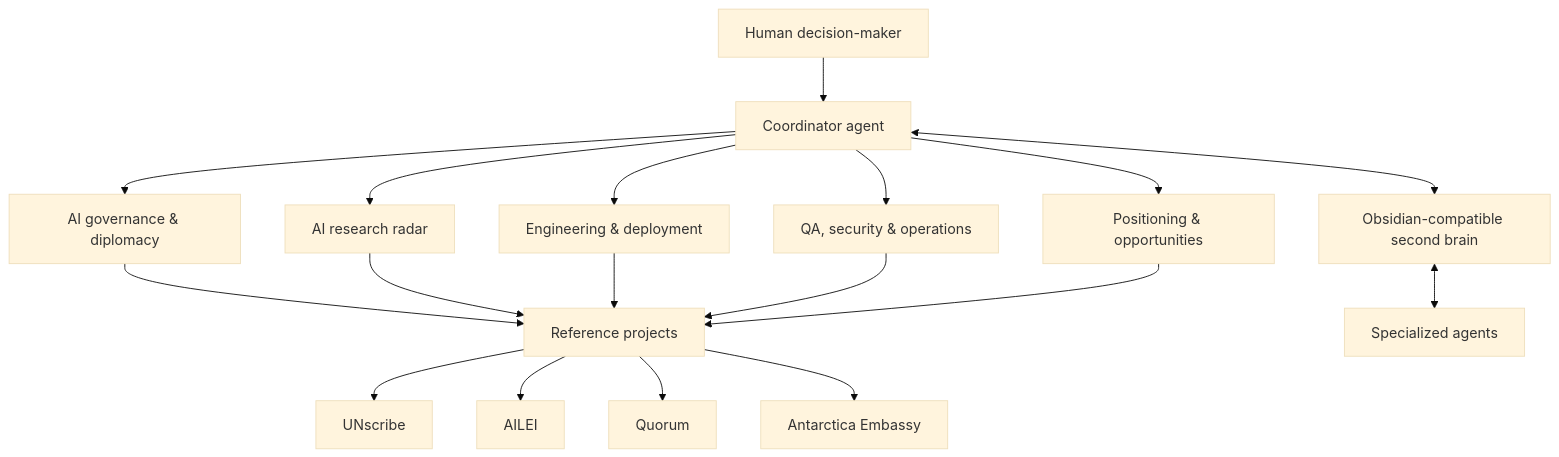
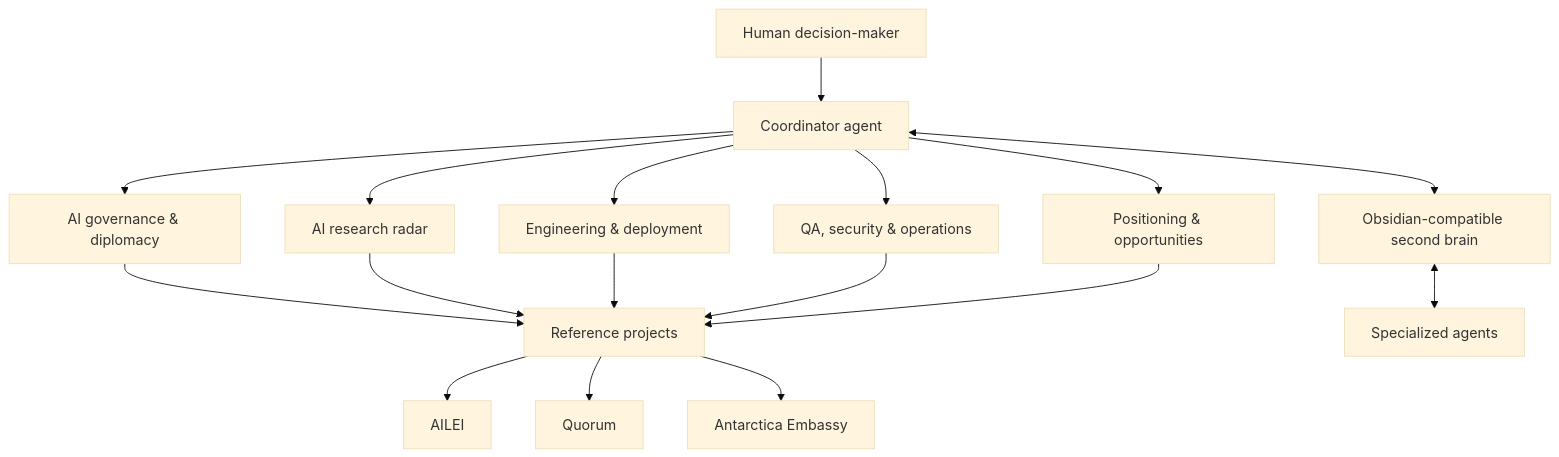
One commit to facundocarotone-gif/ai-diplomacy-agent-stack changed the diagram in README.md. Above: the diagram before and after it, drawn with Mermaid (base theme). The commit also changed other lines of this file and 7 other files, not shown here.

````diff
--- a/README.md
+++ b/README.md
@@ -22,24 +22,23 @@
 ```mermaid
 flowchart TD
     Human[Human decision-maker] --> Coordinator[Coordinator agent]
 
     Coordinator --> Diplomacy[AI governance & diplomacy]
     Coordinator --> Research[AI research radar]
     Coordinator --> Engineering[Engineering & deployment]
     Coordinator --> Ops[QA, security & operations]
     Coordinator --> Positioning[Positioning & opportunities]
 
     Diplomacy --> Projects[Reference projects]
     Research --> Projects
     Engineering --> Projects
     Ops --> Projects
     Positioning --> Projects
 
-    Projects --> UNS[UNscribe]
     Projects --> AILEI[AILEI]
     Projects --> Quorum[Quorum]
     Projects --> Embassy[Antarctica Embassy]
 
     Coordinator <--> Vault[Obsidian-compatible second brain]
     Vault <--> Agents[Specialized agents]
 ```
````
